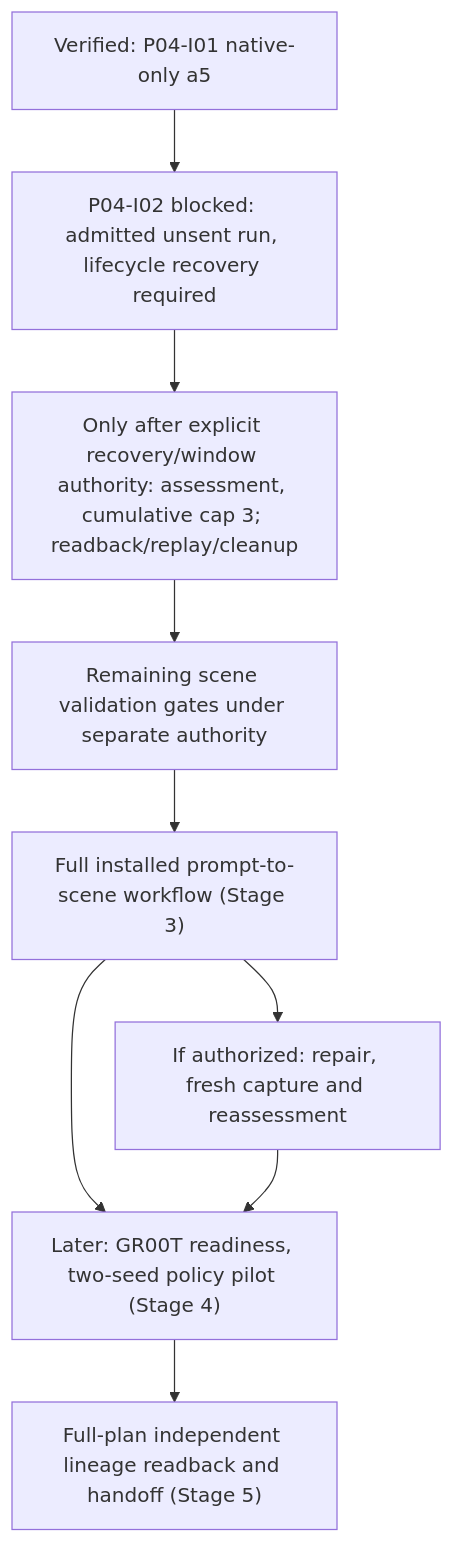
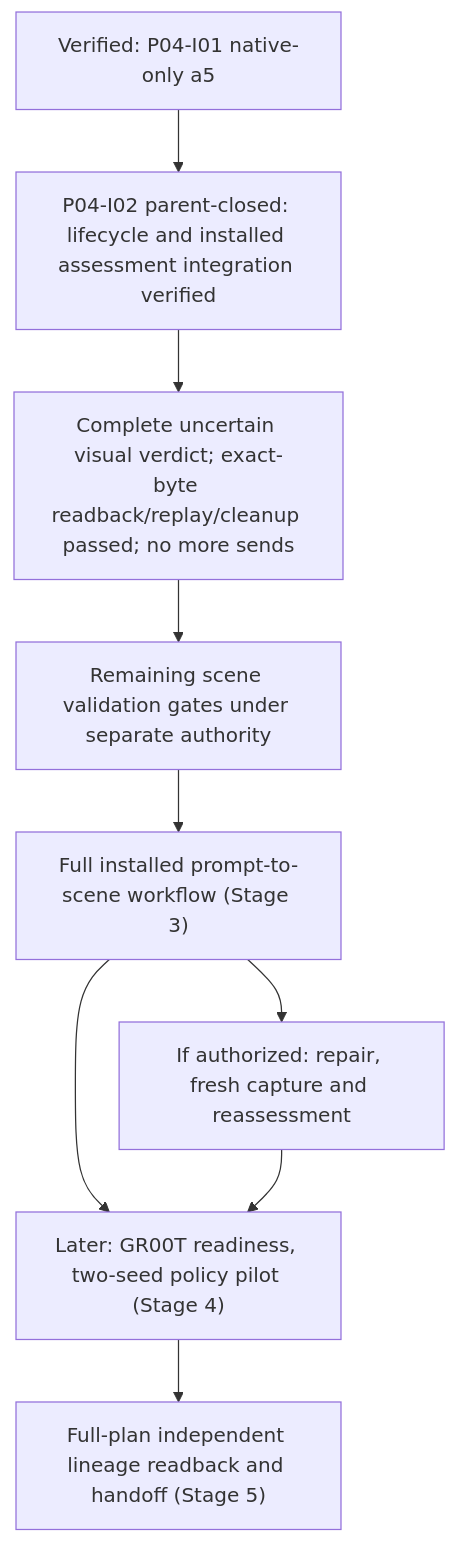
The second of 2 diagrams in .agents/references/plans/plan04_implementation/how-far-to-finish-plan04.md (boredengineering/IsaacLab-Arena), drawn with Mermaid before and after one commit. The commit also changed other lines of this file and 22 other files, not shown here.

````diff
--- a/.agents/references/plans/plan04_implementation/how-far-to-finish-plan04.md
+++ b/.agents/references/plans/plan04_implementation/how-far-to-finish-plan04.md
@@ -178,11 +189,11 @@
 ```mermaid
 flowchart TD
-    A["Verified: P04-I01 native-only a5"] --> B["P04-I02 blocked: admitted unsent run, lifecycle recovery required"]
-    B --> C["Only after explicit recovery/window authority: assessment, cumulative cap 3; readback/replay/cleanup"]
+    A["Verified: P04-I01 native-only a5"] --> B["P04-I02 parent-closed: lifecycle and installed assessment integration verified"]
+    B --> C["Complete uncertain visual verdict; exact-byte readback/replay/cleanup passed; no more sends"]
     C --> D["Remaining scene validation gates under separate authority"]
     D --> E["Full installed prompt-to-scene workflow (Stage 3)"]
     E --> F["If authorized: repair, fresh capture and reassessment"]
     E --> G["Later: GR00T readiness, two-seed policy pilot (Stage 4)"]
     F --> G
     G --> H["Full-plan independent lineage readback and handoff (Stage 5)"]
 ```
````
